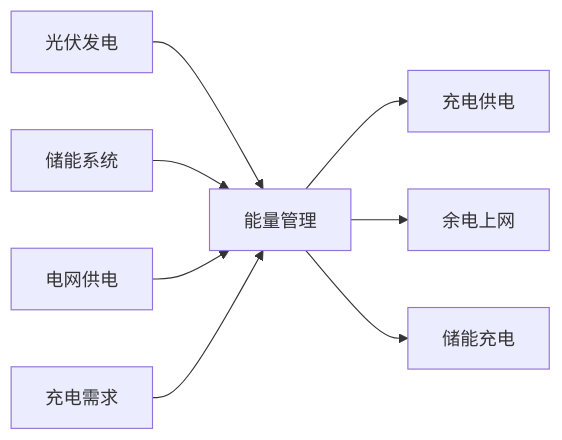
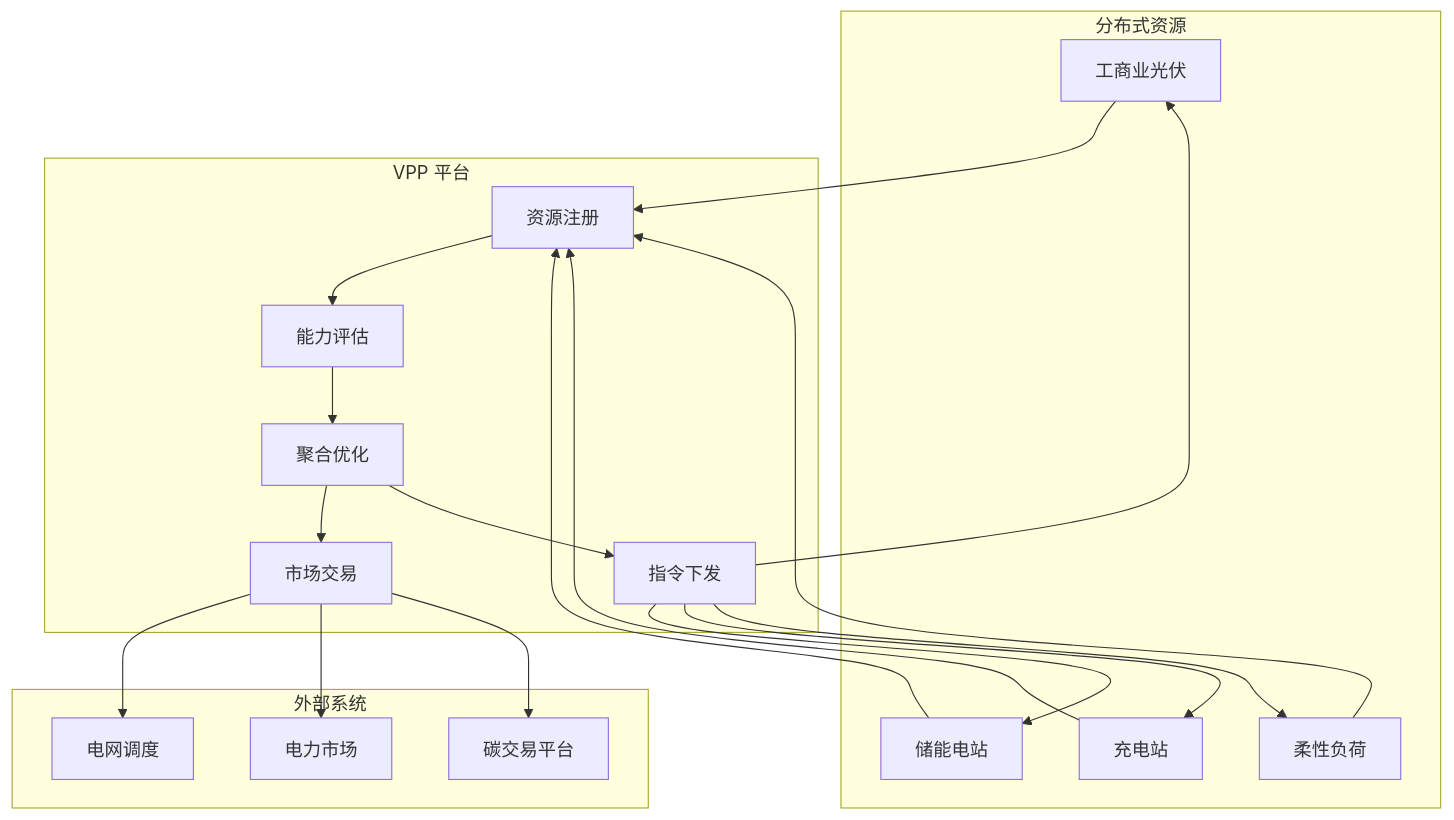
The third of 3 diagrams in topic-application-architecture/62-distributed-energy.md (kudig-io/kudig-database), drawn with Mermaid before and after one commit. The commit also changed other lines of this file and 8633 other files, not shown here.

````diff
--- a/topic-application-architecture/62-distributed-energy.md
+++ b/topic-application-architecture/62-distributed-energy.md
@@ -136,10 +198,28 @@
 ```mermaid
-flowchart LR
-    A[光伏发电] --> B[能量管理]
-    C[储能系统] --> B
-    D[电网供电] --> B
-    E[充电需求] --> B
-    B --> F[充电供电]
-    B --> G[余电上网]
-    B --> H[储能充电]
+graph TB
+    subgraph 分布式资源
+        D1[工商业光伏]
+        D2[储能电站]
+        D3[充电站]
+        D4[柔性负荷]
+    end
+
+    subgraph VPP 平台
+        V1[资源注册]
+        V2[能力评估]
+        V3[聚合优化]
+        V4[市场交易]
+        V5[指令下发]
+    end
+
+    subgraph 外部系统
+        G1[电网调度]
+        G2[电力市场]
+        G3[碳交易平台]
+    end
+
+    D1 & D2 & D3 & D4 --> V1
+    V1 --> V2 --> V3 --> V4
+    V4 --> G1 & G2 & G3
+    V3 --> V5 --> D1 & D2 & D3 & D4
 ```
````
